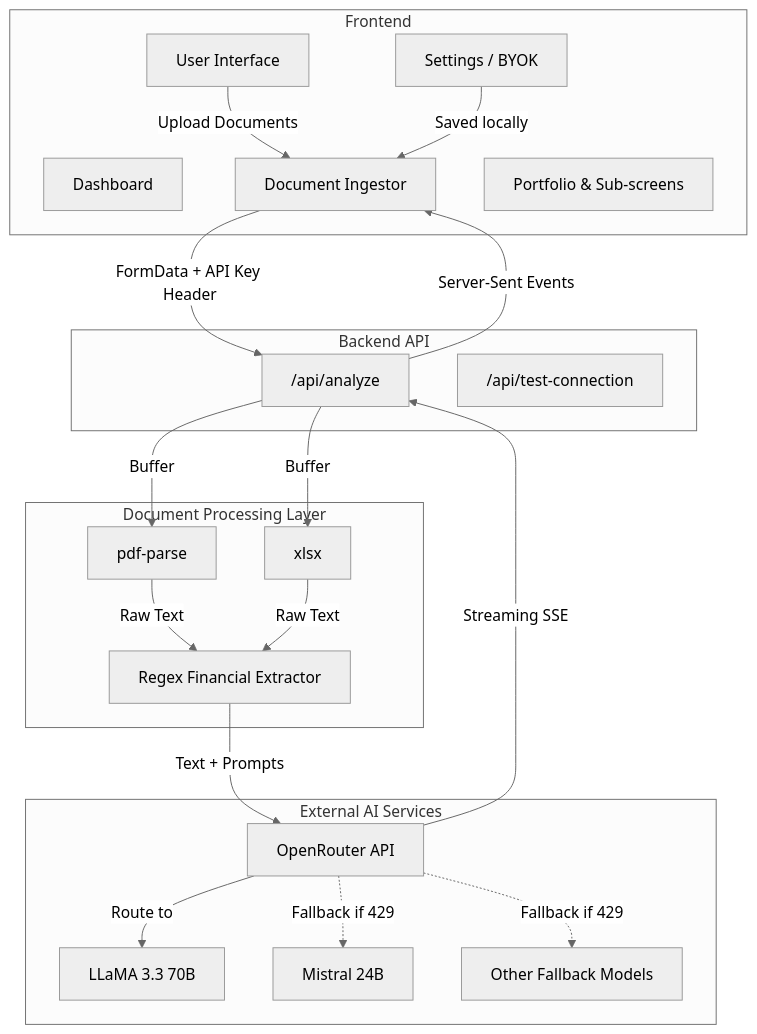
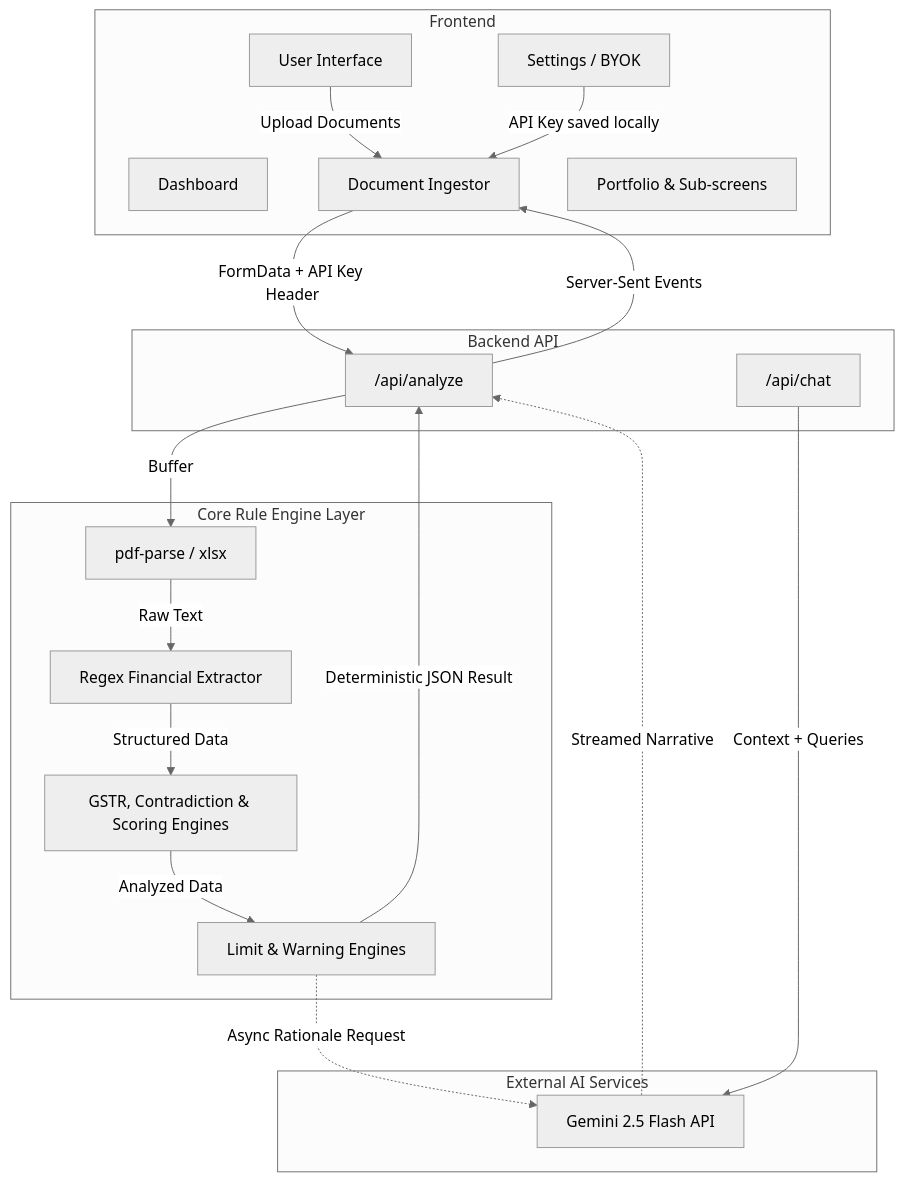
Before and after one commit to HimanshuxAI/INTELLI-CREDIT-IITH: the first of 2 diagrams in README.md, drawn with Mermaid (neutral theme). The commit also changed other lines of this file, not shown here.

Commit message:
docs: Update README with recent architecture changes

````diff
--- a/README.md
+++ b/README.md
@@ -51,51 +51,49 @@
 ```mermaid
 graph TD
     %% User Interface
     subgraph Frontend
         UI[User Interface]
         DB[Dashboard]
         ING[Document Ingestor]
         SETTINGS[Settings / BYOK]
         PORT[Portfolio & Sub-screens]
     end
 
     %% API Layer
     subgraph Backend API
         API_ANALYZE["/api/analyze"]
-        API_TEST["/api/test-connection"]
+        API_CHAT["/api/chat"]
     end
 
     %% Processing
-    subgraph Document Processing Layer
-        PDF[pdf-parse]
-        XLSX[xlsx]
-        REG[Regex Financial Extractor]
+    subgraph Core Rule Engine Layer
+        PDF[pdf-parse / xlsx]
+        EXT[Regex Financial Extractor]
+        ENG[GSTR, Contradiction & Scoring Engines]
+        LIM[Limit & Warning Engines]
     end
 
     %% External
     subgraph External AI Services
-        OR[OpenRouter API]
-        LLM_1[LLaMA 3.3 70B]
-        LLM_2[Mistral 24B]
-        LLM_n[Other Fallback Models]
+        GEM[Gemini 2.5 Flash API]
     end
 
     %% Connections
     UI -->|Upload Documents| ING
-    SETTINGS -->|Saved locally| ING
+    SETTINGS -->|API Key saved locally| ING
     ING -->|FormData + API Key Header| API_ANALYZE
     
     API_ANALYZE -->|Buffer| PDF
-    API_ANALYZE -->|Buffer| XLSX
     
-    PDF -->|Raw Text| REG
-    XLSX -->|Raw Text| REG
+    PDF -->|Raw Text| EXT
+    EXT -->|Structured Data| ENG
+    ENG -->|Analyzed Data| LIM
     
-    REG -->|Text + Prompts| OR
-    OR -->|Streaming SSE| API_ANALYZE
+    LIM -->|Deterministic JSON Result| API_ANALYZE
     API_ANALYZE -->|Server-Sent Events| ING
     
-    OR -->|Route to| LLM_1
-    OR -.->|Fallback if 429| LLM_2
-    OR -.->|Fallback if 429| LLM_n
+    LIM -.->|Async Rationale Request| GEM
+    GEM -.->|Streamed Narrative| API_ANALYZE
+    
+    API_CHAT -->|Context + Queries| GEM
 ```
````
